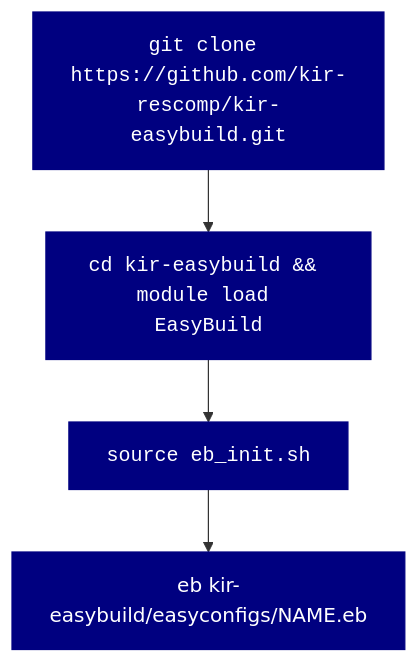
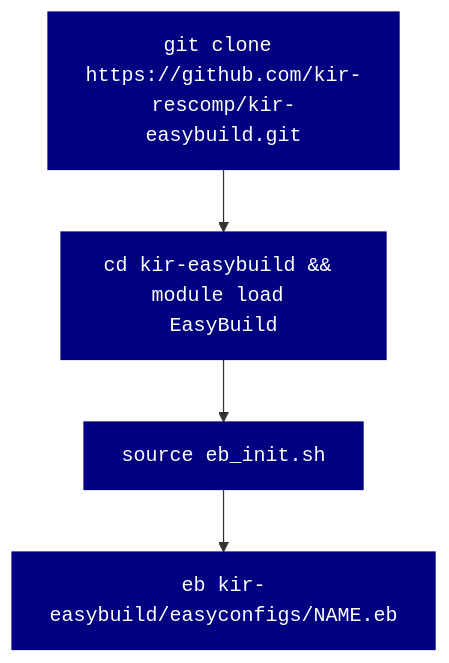
One commit to kir-rescomp/kir-easybuild changed the diagram in README.md. Above: the diagram before and after it, drawn with Mermaid.

Commit message:
mono fonts for mermaid flow

````diff
--- a/README.md
+++ b/README.md
@@ -13,14 +13,15 @@
 ```mermaid
 flowchart TD
     A["git clone https://github.com/kir-rescomp/kir-easybuild.git"] --> B["cd kir-easybuild && module load EasyBuild"]
     B --> C["source eb_init.sh"]
     C --> D["eb kir-easybuild/easyconfigs/NAME.eb"]
     
     classDef navyStyle fill:#000080,stroke:#000080,color:#fff
     class A,B,C,D navyStyle
 
     class A monospaceClass
     class B monospaceClass
     class C monospaceClass
+    class D monospaceClass
     classDef monospaceClass font-family: monospace, monospace;
 ```
````
